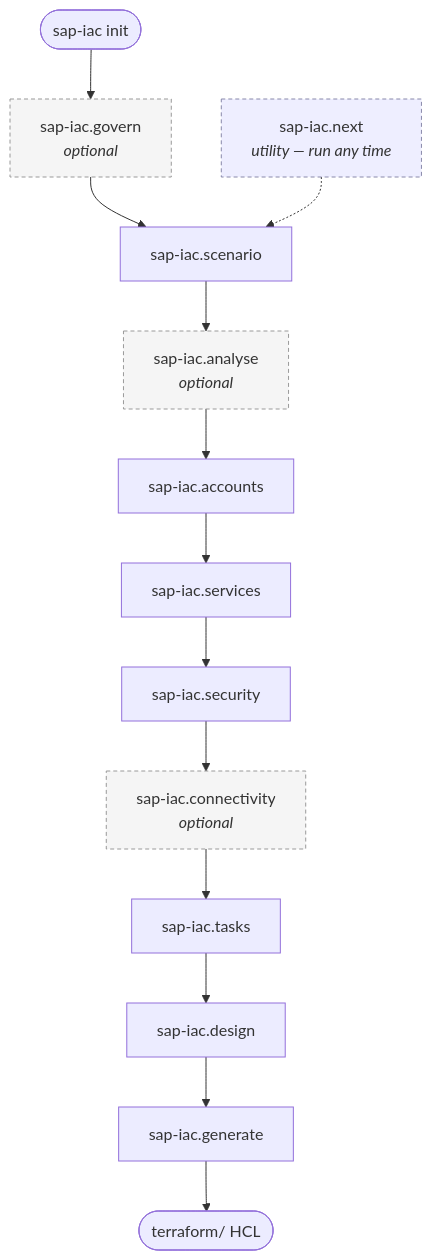
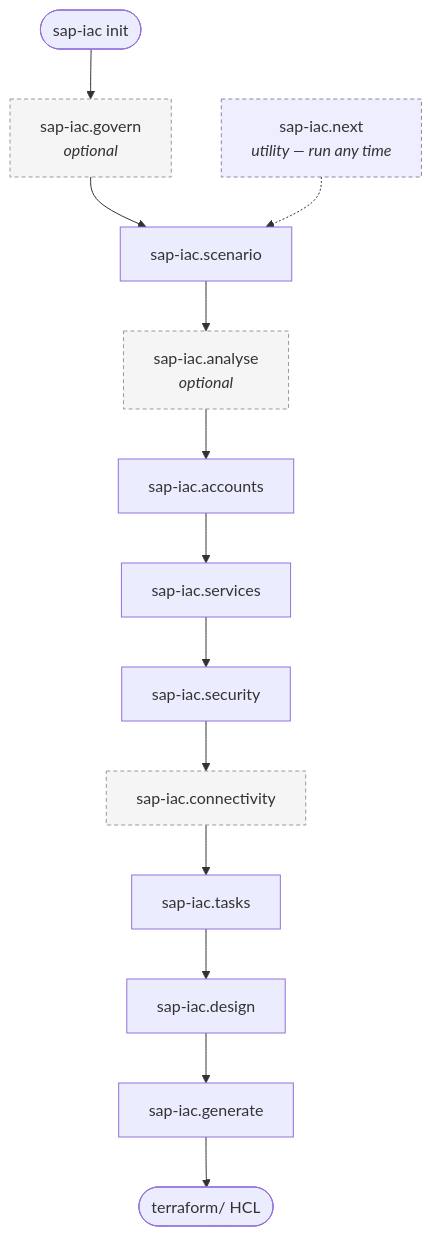
One commit to SAP/iac-spec-kit-for-sap-business-ai-platform changed the diagram in docs/usage.md. Above: the diagram before and after it, drawn with Mermaid. The commit also changed 1 other file, not shown here.

````diff
--- a/docs/usage.md
+++ b/docs/usage.md
@@ -95,22 +95,22 @@
 ```mermaid
 flowchart TD
     init([sap-iac init]) --> govern
 
     govern["sap-iac.govern<br/><i>optional</i>"] --> scenario[sap-iac.scenario]
     scenario --> analyse["sap-iac.analyse<br/><i>optional</i>"]
     analyse --> accounts[sap-iac.accounts]
     accounts --> services[sap-iac.services]
     services --> security[sap-iac.security]
-    security --> connectivity["sap-iac.connectivity<br/><i>optional</i>"]
+    security --> connectivity["sap-iac.connectivity"]
     connectivity --> tasks[sap-iac.tasks]
     tasks --> design[sap-iac.design]
     design --> generate[sap-iac.generate]
     generate --> tf([terraform/ HCL])
 
     next["sap-iac.next<br/><i>utility — run any time</i>"] -.-> scenario
 
     classDef optional fill:#f5f5f5,stroke:#999,stroke-dasharray:4 3;
     classDef util fill:#eef,stroke:#88a,stroke-dasharray:4 3;
     class govern,analyse,connectivity optional;
     class next util;
 ```
````
